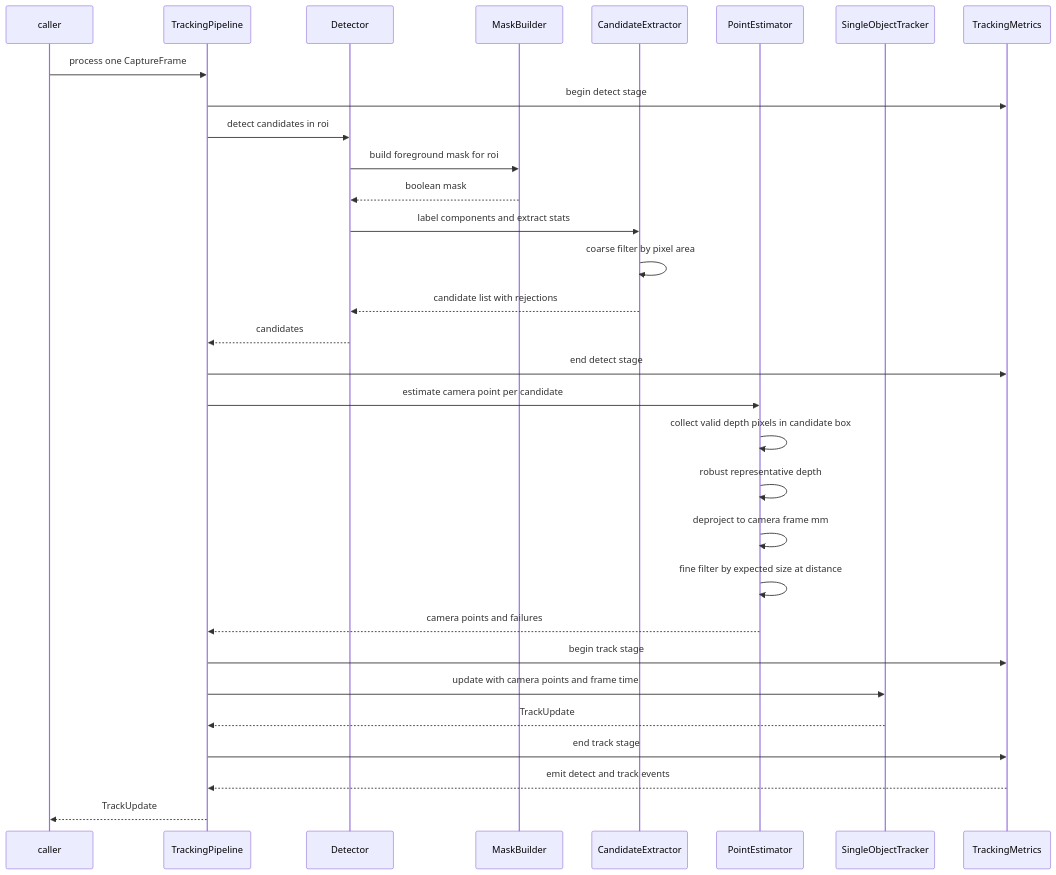
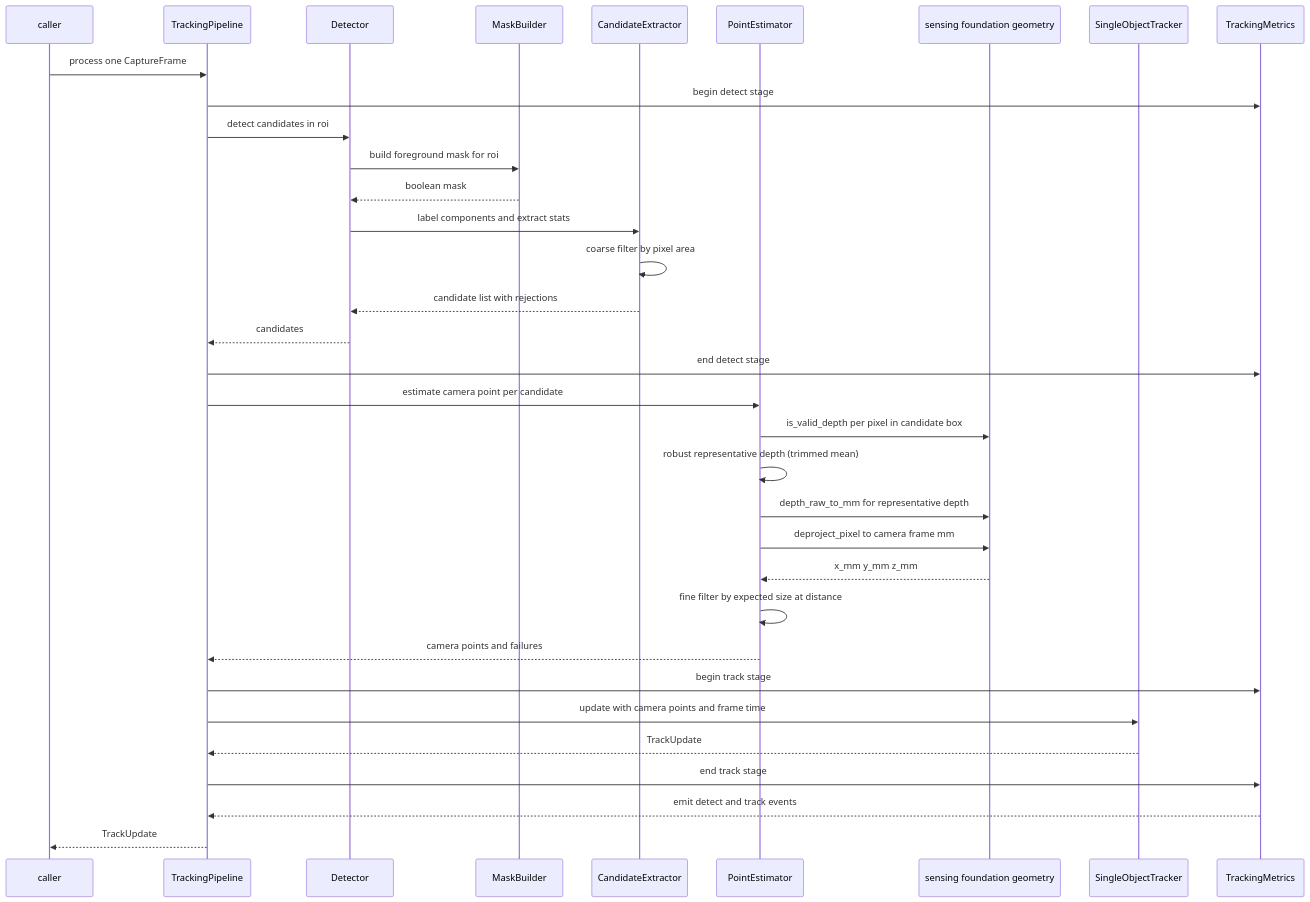
The third of 6 diagrams in .kiro/specs/flying-object-tracking/design.md (f18c052f/smart-trashbox-tribute), drawn with Mermaid before and after one commit. The commit also changed other lines of this file and 7 other files, not shown here.

````diff
--- a/.kiro/specs/flying-object-tracking/design.md
+++ b/.kiro/specs/flying-object-tracking/design.md
@@ -392,33 +432,36 @@
 ```mermaid
 sequenceDiagram
     participant App as caller
     participant Pipe as TrackingPipeline
     participant Det as Detector
     participant Mask as MaskBuilder
     participant Cand as CandidateExtractor
     participant Proj as PointEstimator
+    participant Geo as sensing foundation geometry
     participant Trk as SingleObjectTracker
     participant Met as TrackingMetrics
     App->>Pipe: process one CaptureFrame
     Pipe->>Met: begin detect stage
     Pipe->>Det: detect candidates in roi
     Det->>Mask: build foreground mask for roi
     Mask-->>Det: boolean mask
     Det->>Cand: label components and extract stats
     Cand->>Cand: coarse filter by pixel area
     Cand-->>Det: candidate list with rejections
     Det-->>Pipe: candidates
     Pipe->>Met: end detect stage
     Pipe->>Proj: estimate camera point per candidate
-    Proj->>Proj: collect valid depth pixels in candidate box
-    Proj->>Proj: robust representative depth
-    Proj->>Proj: deproject to camera frame mm
+    Proj->>Geo: is_valid_depth per pixel in candidate box
+    Proj->>Proj: robust representative depth (trimmed mean)
+    Proj->>Geo: depth_raw_to_mm for representative depth
+    Proj->>Geo: deproject_pixel to camera frame mm
+    Geo-->>Proj: x_mm y_mm z_mm
     Proj->>Proj: fine filter by expected size at distance
     Proj-->>Pipe: camera points and failures
     Pipe->>Met: begin track stage
     Pipe->>Trk: update with camera points and frame time
     Trk-->>Pipe: TrackUpdate
     Pipe->>Met: end track stage
     Met-->>Pipe: emit detect and track events
     Pipe-->>App: TrackUpdate
 ```
````
